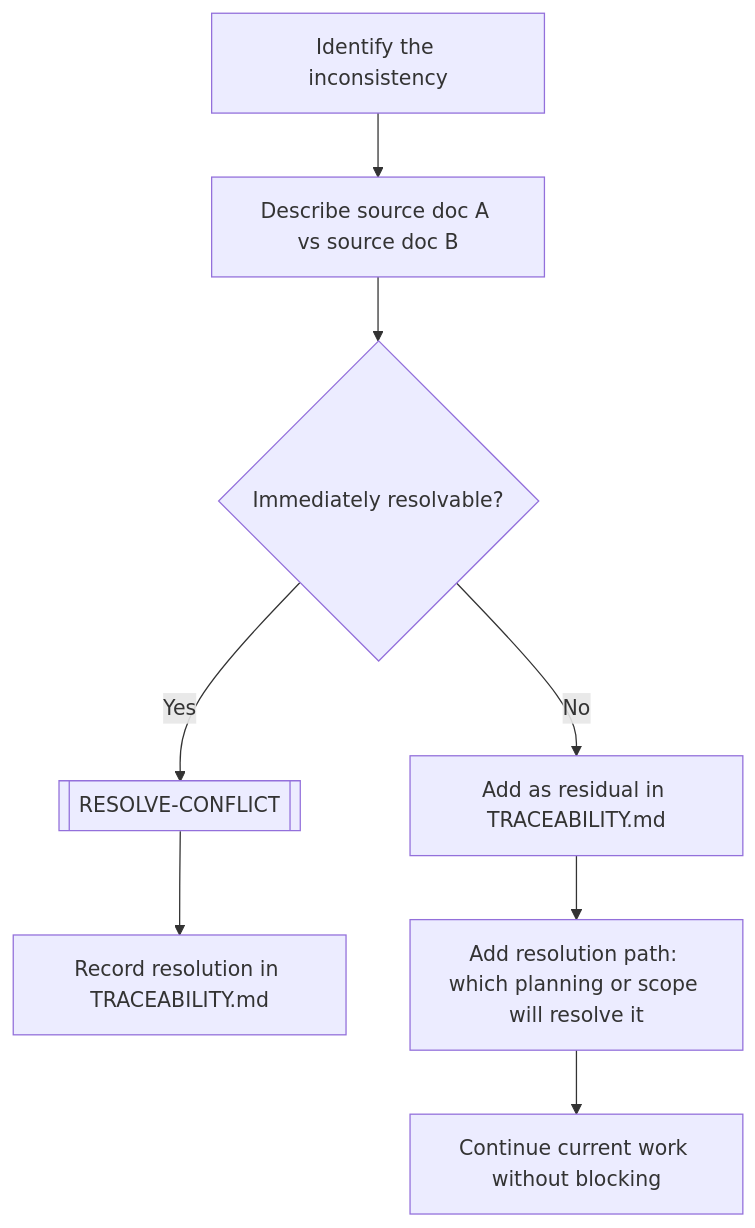
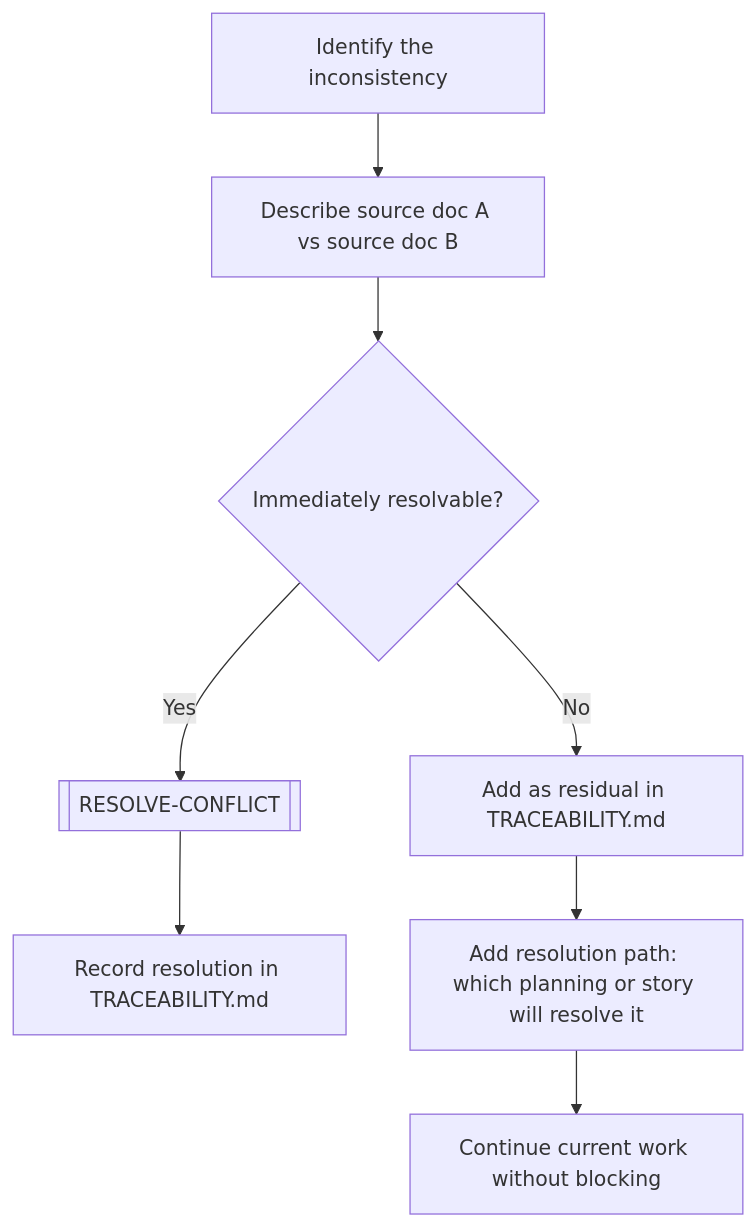
Before and after one commit to cmartinezs/claude-planning-with-ai: the diagram in planning-template/WORKFLOWS/03-MAINTENANCE-WORKFLOWS/RECORD-INCONSISTENCY.md, drawn with Mermaid. The commit also changed other lines of this file and 73 other files, not shown here.

````diff
--- a/planning-template/WORKFLOWS/03-MAINTENANCE-WORKFLOWS/RECORD-INCONSISTENCY.md
+++ b/planning-template/WORKFLOWS/03-MAINTENANCE-WORKFLOWS/RECORD-INCONSISTENCY.md
@@ -9,10 +9,10 @@
 ```mermaid
 flowchart TD
     A[Identify the inconsistency] --> B[Describe source doc A vs source doc B]
     B --> C{Immediately resolvable?}
     C -- Yes --> D[[RESOLVE-CONFLICT]]
     D --> E[Record resolution in TRACEABILITY.md]
     C -- No --> F[Add as residual in TRACEABILITY.md]
-    F --> G[Add resolution path: which planning or scope will resolve it]
+    F --> G[Add resolution path: which planning or story will resolve it]
     G --> H[Continue current work without blocking]
 ```
````
